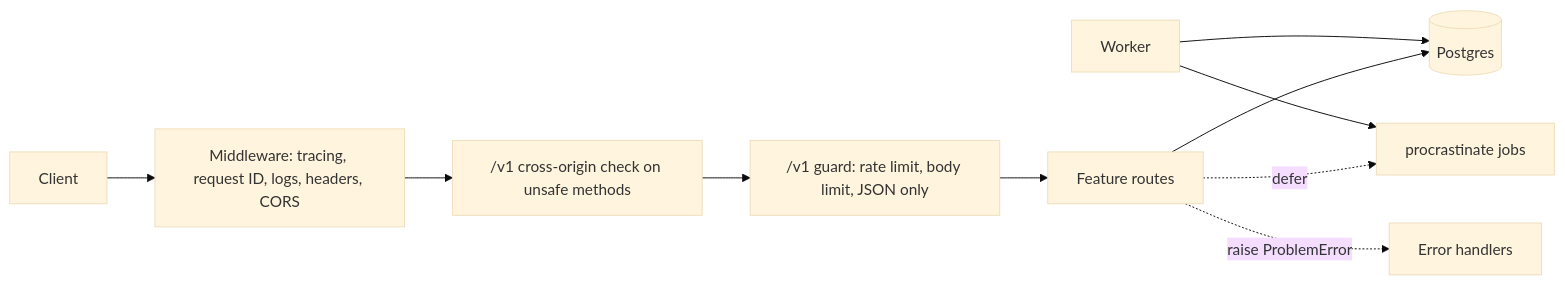
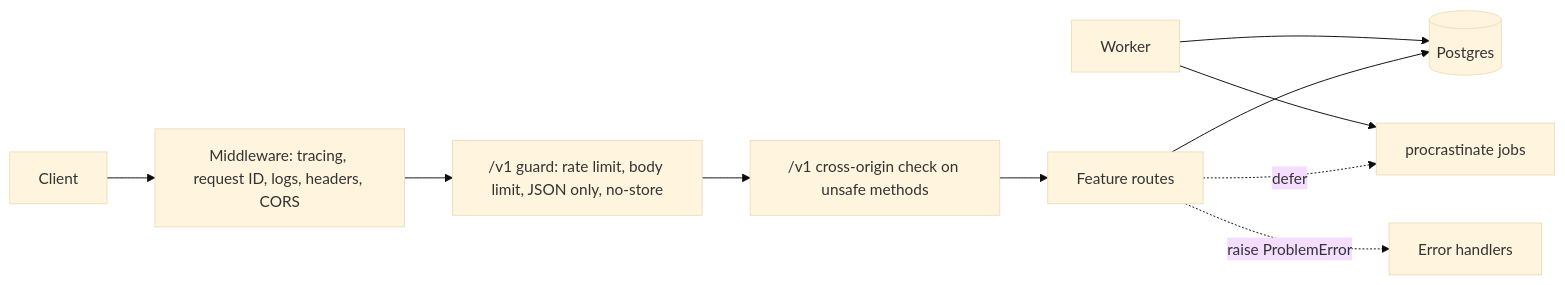
One commit to opikdev/api-fastapi-starter changed the diagram in docs/architecture.md. Above: the diagram before and after it, drawn with Mermaid (base theme). The commit also changed other lines of this file and 72 other files, not shown here.

````diff
--- a/docs/architecture.md
+++ b/docs/architecture.md
@@ -3,12 +3,12 @@
 ```mermaid
 flowchart LR
   C[Client] --> M["Middleware: tracing, request ID, logs, headers, CORS"]
-  M --> X["/v1 cross-origin check on unsafe methods"]
-  X --> G["/v1 guard: rate limit, body limit, JSON only"]
-  G --> R["Feature routes"]
+  M --> G["/v1 guard: rate limit, body limit, JSON only, no-store"]
+  G --> X["/v1 cross-origin check on unsafe methods"]
+  X --> R["Feature routes"]
   R --> D[(Postgres)]
   R -. "defer" .-> Q["procrastinate jobs"]
   W["Worker"] --> Q
   W --> D
   R -. "raise ProblemError" .-> E["Error handlers"]
 ```
````
